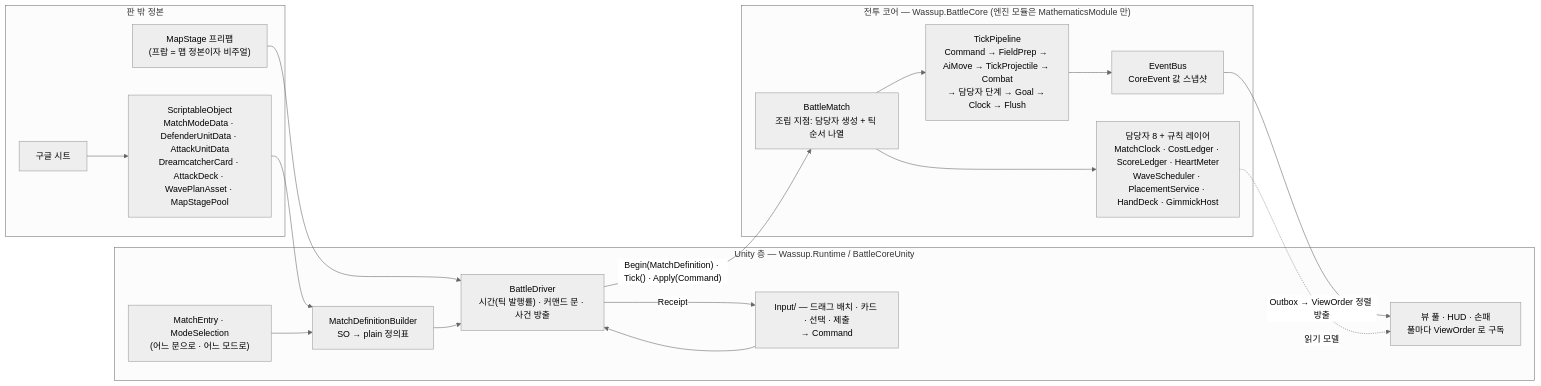
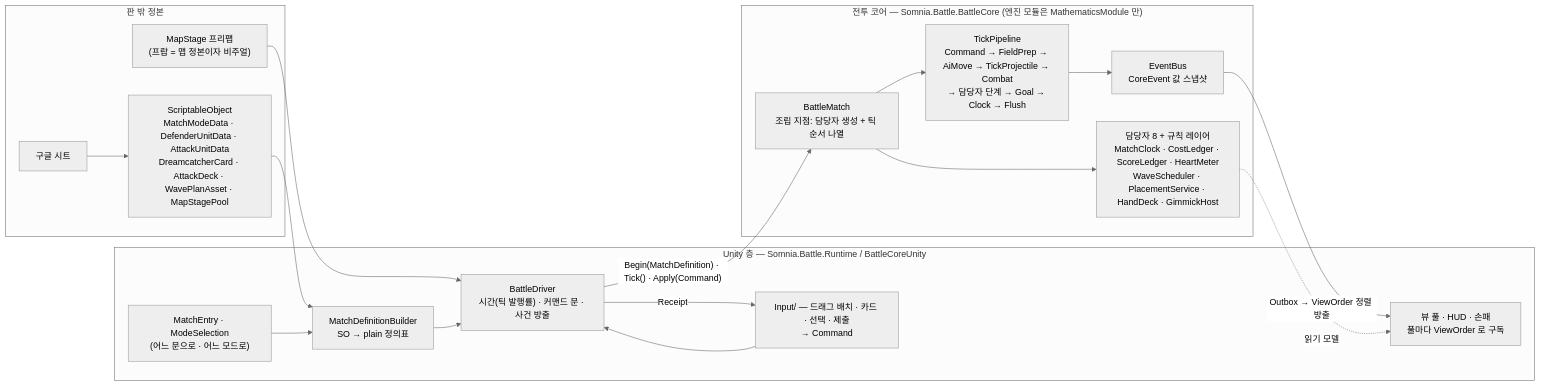
One commit to wasssupman/dreamsquad-demo changed the first of 2 diagrams in docs/reference/battle-core-architecture.md. Above: the diagram before and after it, drawn with Mermaid (neutral theme). The commit also changed other lines of this file and 24 other files, not shown here.

First line of the commit message:
docs(somnia-battle-rename): unit 3 — 설명 문서 · spec 구현 결과 · 검증 기록

````diff
--- a/docs/reference/battle-core-architecture.md
+++ b/docs/reference/battle-core-architecture.md
@@ -28,32 +28,32 @@
 ```mermaid
 flowchart LR
     subgraph OUT["판 밖 정본"]
         SHEET["구글 시트"] --> SO["ScriptableObject<br/>MatchModeData · DefenderUnitData · AttackUnitData<br/>DreamcatcherCard · AttackDeck · WavePlanAsset · MapStagePool"]
         STAGE["MapStage 프리팹<br/>(프랍 = 맵 정본이자 비주얼)"]
     end
-    subgraph UL["Unity 층 — Wassup.Runtime / BattleCoreUnity"]
+    subgraph UL["Unity 층 — Somnia.Battle.Runtime / BattleCoreUnity"]
         ENTRY["MatchEntry · ModeSelection<br/>(어느 문으로 · 어느 모드로)"]
         BUILD["MatchDefinitionBuilder<br/>SO → plain 정의표"]
         DRV["BattleDriver<br/>시간(틱 발행률) · 커맨드 문 · 사건 방출"]
         INPUT["Input/ — 드래그 배치 · 카드 · 선택 · 제출<br/>→ Command"]
         VIEW["뷰 풀 · HUD · 손패<br/>풀마다 ViewOrder 로 구독"]
     end
-    subgraph CORE["전투 코어 — Wassup.BattleCore (엔진 모듈은 MathematicsModule 만)"]
+    subgraph CORE["전투 코어 — Somnia.Battle.BattleCore (엔진 모듈은 MathematicsModule 만)"]
         BM["BattleMatch<br/>조립 지점: 담당자 생성 + 틱 순서 나열"]
         OWN["담당자 8 + 규칙 레이어<br/>MatchClock · CostLedger · ScoreLedger · HeartMeter<br/>WaveScheduler · PlacementService · HandDeck · GimmickHost"]
         PIPE["TickPipeline<br/>Command → FieldPrep → AiMove → TickProjectile → Combat<br/>→ 담당자 단계 → Goal → Clock → Flush"]
         BUS["EventBus<br/>CoreEvent 값 스냅샷"]
     end
     SO --> BUILD
     STAGE --> DRV
     ENTRY --> BUILD
     BUILD --> DRV
     DRV -- "Begin(MatchDefinition) · Tick() · Apply(Command)" --> BM
     INPUT --> DRV
     BM --> OWN
     BM --> PIPE
     PIPE --> BUS
     DRV -- "Receipt" --> INPUT
     BUS -- "Outbox → ViewOrder 정렬 방출" --> VIEW
     OWN -. "읽기 모델" .-> VIEW
 ```
````
